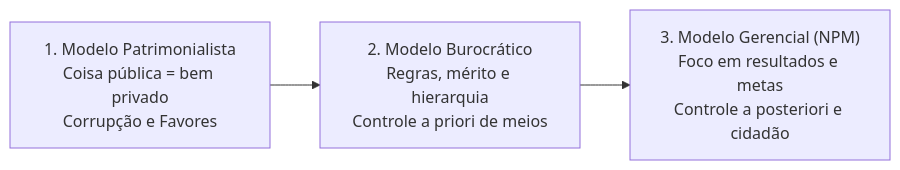
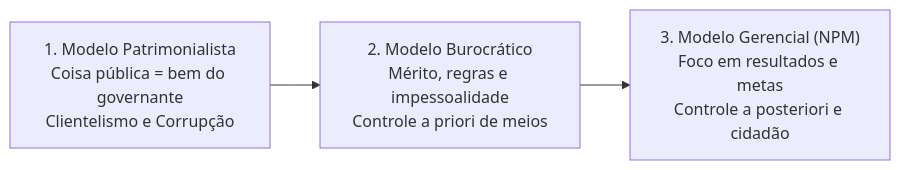
One commit to thiagosantos346/TCE-GO-2027 changed the first of 6 diagrams in fontes_de_estudo/conhecimentos_especificos_a01_tecnico_administrativo/21_nocoes_de_administracao_publica/02_modelos_de_administracao_publica_e_governanca.md. Above: the diagram before and after it, drawn with Mermaid. The commit also changed other lines of this file and 119 other files, not shown here.

````diff
--- a/fontes_de_estudo/conhecimentos_especificos_a01_tecnico_administrativo/21_nocoes_de_administracao_publica/02_modelos_de_administracao_publica_e_governanca.md
+++ b/fontes_de_estudo/conhecimentos_especificos_a01_tecnico_administrativo/21_nocoes_de_administracao_publica/02_modelos_de_administracao_publica_e_governanca.md
@@ -83,5 +60,5 @@
 ```mermaid
 flowchart LR
-    Patrim["1. Modelo Patrimonialista<br/>Coisa pública = bem privado<br/>Corrupção e Favores"] --> Buroc["2. Modelo Burocrático<br/>Regras, mérito e hierarquia<br/>Controle a priori de meios"]
+    Patrim["1. Modelo Patrimonialista<br/>Coisa pública = bem do governante<br/>Clientelismo e Corrupção"] --> Buroc["2. Modelo Burocrático<br/>Mérito, regras e impessoalidade<br/>Controle a priori de meios"]
     Buroc --> Geren["3. Modelo Gerencial (NPM)<br/>Foco em resultados e metas<br/>Controle a posteriori e cidadão"]
 ```
````
